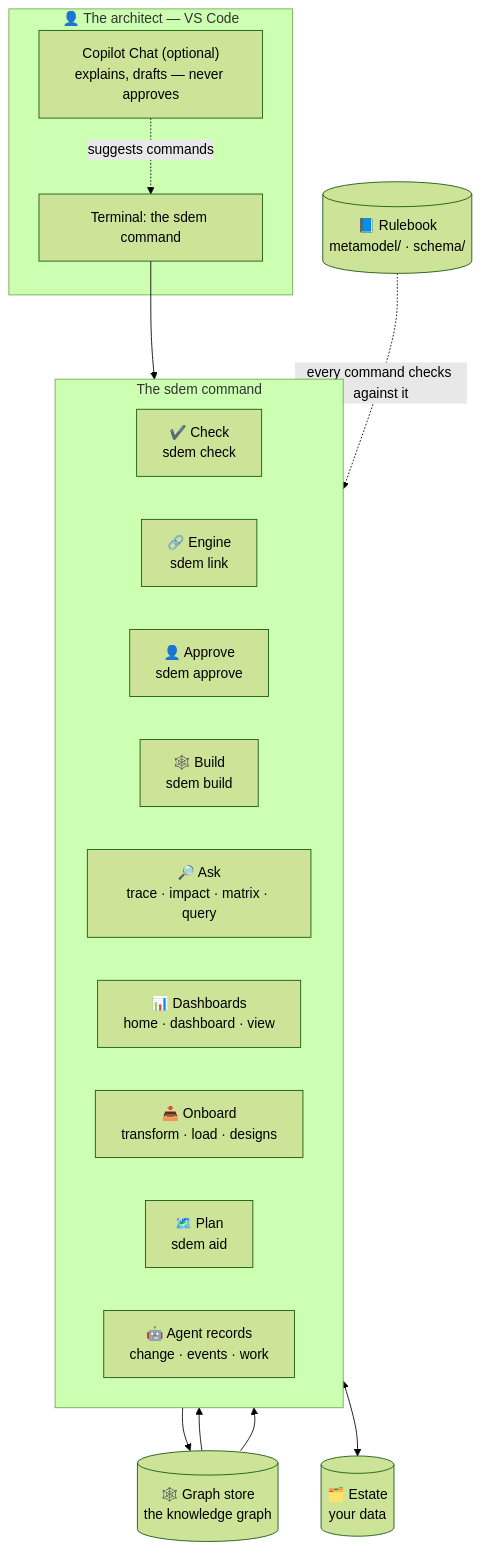
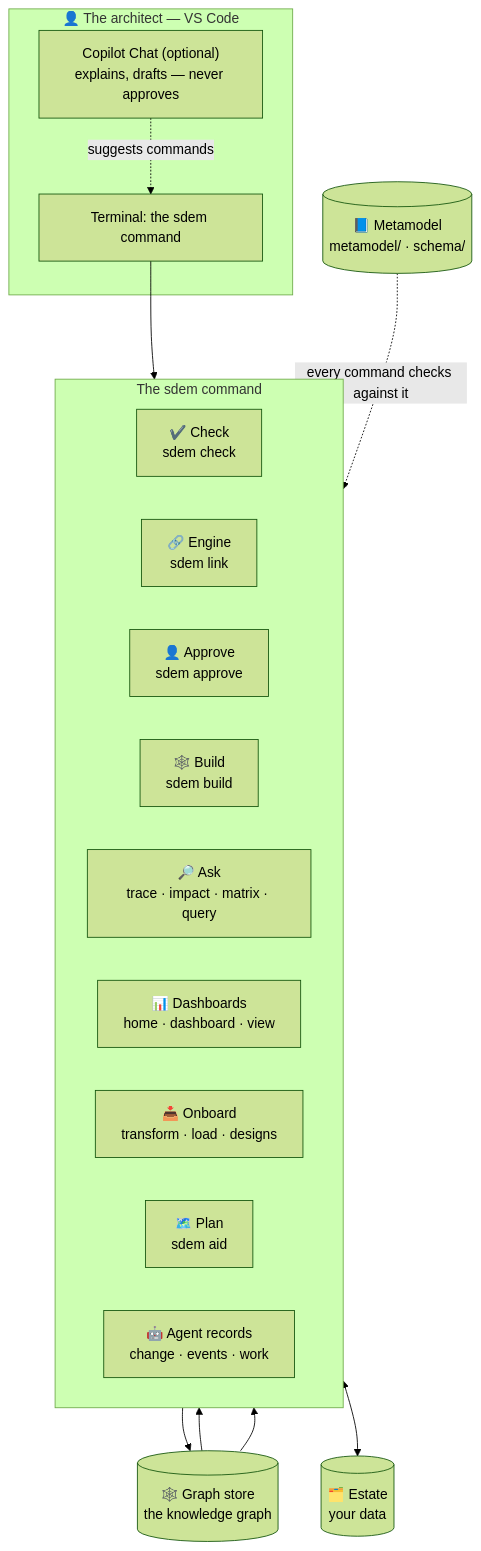
Before and after one commit to taumoeps/bian-sdem-framework: the first of 3 diagrams in docs/sdem-architecture.md, drawn with Mermaid (forest theme). The commit also changed other lines of this file and 71 other files, not shown here.

Commit message:
One name: metamodel — "rulebook" removed from documents, messages, help and code comments; files renamed (docs/sdem-metamodel-guide.md, docs/design/sdem-metamodel-versioning.md, tests/test_engine_metamodel.py); no data, command or option changes; historical records keep their original words

````diff
--- a/docs/sdem-architecture.md
+++ b/docs/sdem-architecture.md
@@ -9,29 +9,29 @@
 ```mermaid
 flowchart TB
     subgraph YOU["👤 The architect — VS Code"]
         T["Terminal: the sdem command"]
         CP["Copilot Chat (optional)<br/>explains, drafts — never approves"]
     end
     subgraph SDEM["The sdem command"]
         direction LR
         CHK["✔️ Check<br/>sdem check"]
         LNK["🔗 Engine<br/>sdem link"]
         APR["👤 Approve<br/>sdem approve"]
         BLD["🕸️ Build<br/>sdem build"]
         ASK["🔎 Ask<br/>trace · impact · matrix · query"]
         DSH["📊 Dashboards<br/>home · dashboard · view"]
         ONB["📥 Onboard<br/>transform · load · designs"]
         AID["🗺️ Plan<br/>sdem aid"]
         AGT["🤖 Agent records<br/>change · events · work"]
     end
-    RB[("📘 Rulebook<br/>metamodel/ · schema/")]
+    RB[("📘 Metamodel<br/>metamodel/ · schema/")]
     EST[("🗂️ Estate<br/>your data")]
     GS[("🕸️ Graph store<br/>the knowledge graph")]
     T --> SDEM
     CP -.->|"suggests commands"| T
     RB -.->|"every command checks against it"| SDEM
     SDEM <--> EST
     BLD --> GS
     GS --> ASK
     GS --> DSH
 ```
````
